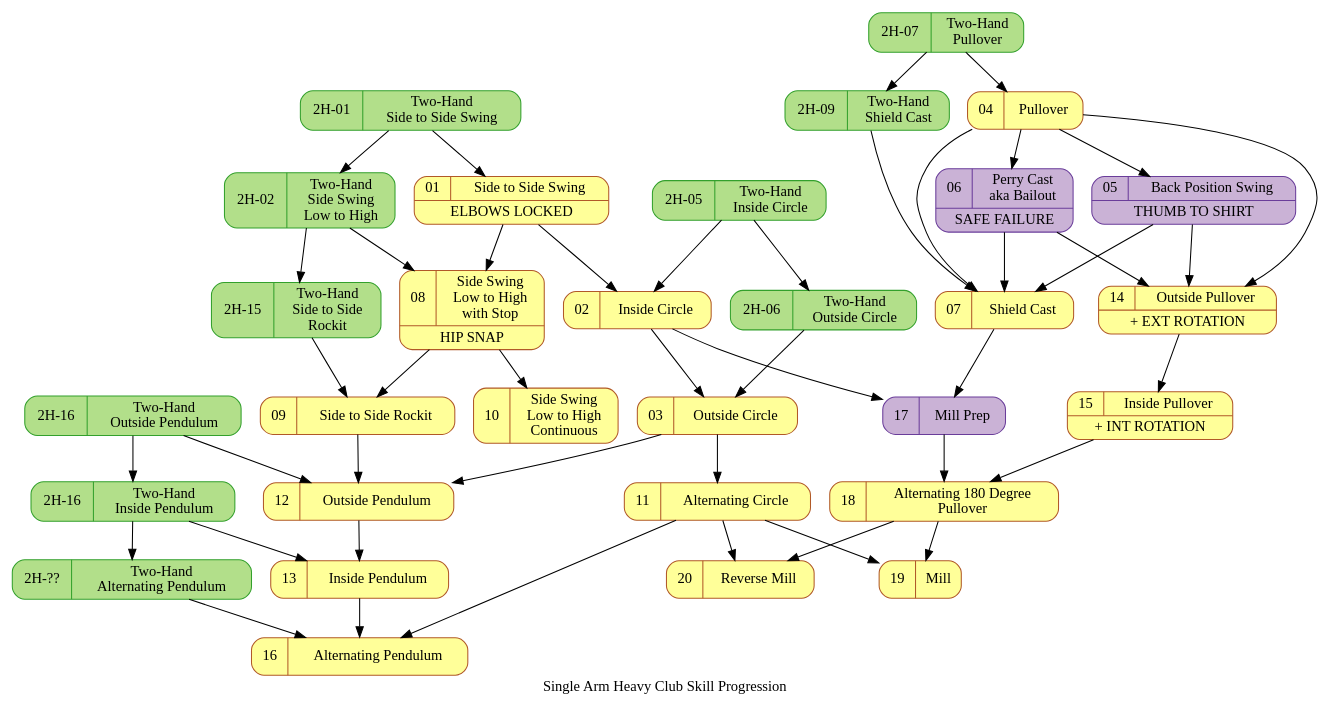
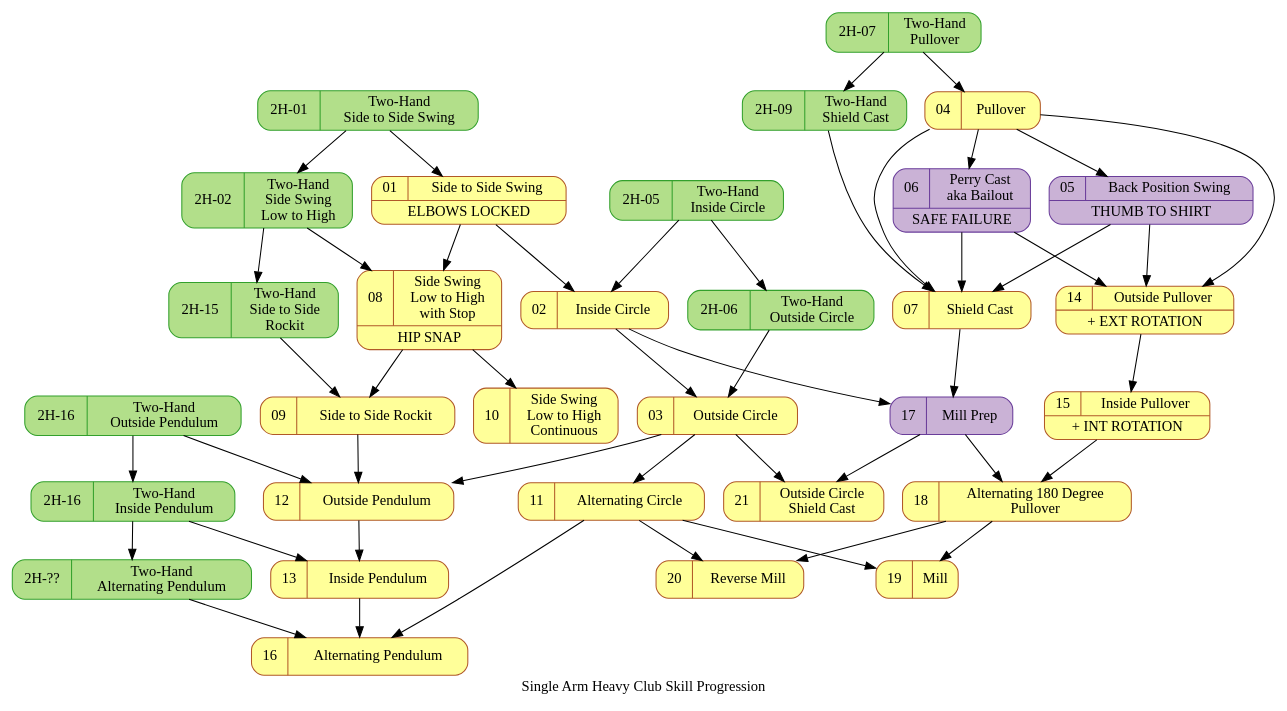
One commit to dznz/wildman-skill-trees changed the diagram in src/hc/hc_sa_progression.gv. Above: the diagram before and after it, drawn with Graphviz. The commit also changed 1 other file, not shown here.

```diff
--- a/src/hc/hc_sa_progression.gv
+++ b/src/hc/hc_sa_progression.gv
@@ -1,105 +1,108 @@
 digraph kb_progression {
   // Single Arm Heavy Club Skill Progression Diagram © 2023
   // by dznz using knowledge from Mark Wildman is licensed
   // under CC BY-NC-SA 4.0 
   // http://creativecommons.org/licenses/by-nc-sa/4.0/
   label="Single Arm Heavy Club Skill Progression"
   node [colorscheme="paired12"]
   node [shape=record]
   node [style="rounded,filled"]
   node [color=12, fillcolor=11]
 
   subgraph warmup {
     node [color=8, fillcolor=7]
   }
 
   subgraph aux {
     node [color=10, fillcolor=9]
     mov_backs2s, mov_perry, mov_millprep
   }
 
   // Movements external to this diagram
   subgraph ext {
     node [color=4, fillcolor=3]
     ext_2h_s2s, ext_2h_sideswingl2h, ext_2h_sc, ext_2h_pullover
     ext_2h_s2srockit
     ext_2h_incircle, ext_2h_outcircle
     ext_2h_outpend, ext_2h_inpend, ext_2h_altpend
   }
 
   ext_2h_s2s [label="{{2H-01|Two-Hand\nSide to Side Swing}}"]
   ext_2h_incircle [label="{{2H-05|Two-Hand\nInside Circle}}"]
   ext_2h_outcircle [label="{{2H-06|Two-Hand\nOutside Circle}}"]
   ext_2h_sc [label="{{2H-09|Two-Hand\nShield Cast}}"]
   ext_2h_sideswingl2h [label="{{2H-02|Two-Hand\nSide Swing\nLow to High}}" ]
   ext_2h_s2srockit [label="{{2H-15|Two-Hand\nSide to Side\nRockit}}"                         URL=""];
   ext_2h_pullover [label="{{2H-07|Two-Hand\nPullover}}" URL="https://www.youtube.com/watch?v=jpIn1Sumg78&list=PLk4oYPJ7TXKiueHS7UMPv-DxNMK6UELds&index=7"]
   ext_2h_outpend [label="{{2H-16|Two-Hand\nOutside Pendulum}}"]
   ext_2h_inpend [label="{{2H-16|Two-Hand\nInside Pendulum}}"]
   ext_2h_altpend [label="{{2H-??|Two-Hand\nAlternating Pendulum}}" URL="https://www.youtube.com/watch?v=GULjXPS_ba4"]
   
   mov_s2s               [label="{{01|Side to Side Swing}|ELBOWS LOCKED}"         URL="https://www.youtube.com/watch?v=cosgyt2BQG4&list=PLk4oYPJ7TXKgCH_TpdUCNs2-m5ZCqx-Pw"];
   mov_incircle          [label="{{02|Inside Circle}}"                           URL="https://www.youtube.com/watch?v=-gtRj1KEUmw"];
   mov_outcircle         [label="{{03|Outside Circle}}"                           URL="https://www.youtube.com/watch?v=Mf2QuZvRtQ4&list=PLk4oYPJ7TXKgCH_TpdUCNs2-m5ZCqx-Pw&index=2"];
   mov_pullover          [label="{{04|Pullover}}"                                 URL="https://www.youtube.com/watch?v=HHT6TrTLJM8"];
   mov_backs2s           [label="{{05|Back Position Swing}|THUMB TO SHIRT}"                      URL="https://www.youtube.com/watch?v=sxePeWDR1U0"];
   mov_perry             [label="{{06|Perry Cast\naka Bailout}|SAFE FAILURE}" URL="https://www.youtube.com/watch?v=FpUecSrX_AI&list=PLk4oYPJ7TXKgCH_TpdUCNs2-m5ZCqx-Pw&index=3"];
   mov_sc                [label="{{07|Shield Cast}}"                         URL="https://www.youtube.com/watch?v=huwc0g3yLWk&list=PLk4oYPJ7TXKgCH_TpdUCNs2-m5ZCqx-Pw&index=4"];
   mov_sideswingl2h      [label="{{08|Side Swing\nLow to High\nwith Stop}|HIP SNAP}"                         URL="https://www.youtube.com/watch?v=huwc0g3yLWk&list=PLk4oYPJ7TXKgCH_TpdUCNs2-m5ZCqx-Pw&index=5"];
   mov_s2srockit         [label="{{09|Side to Side Rockit}}"                         URL="https://www.youtube.com/watch?v=I26O1ct_hik&list=PLk4oYPJ7TXKgCH_TpdUCNs2-m5ZCqx-Pw&index=6"];
   mov_sideswingl2hcont  [label="{{10|Side Swing\nLow to High\nContinuous}}"                         URL="https://www.youtube.com/watch?v=I26O1ct_hik&list=PLk4oYPJ7TXKgCH_TpdUCNs2-m5ZCqx-Pw&index=7"];
   mov_altcircle         [label="{{11|Alternating Circle}}"                         URL="https://www.youtube.com/watch?v=I26O1ct_hik&list=PLk4oYPJ7TXKgCH_TpdUCNs2-m5ZCqx-Pw&index=8"];
   mov_outpend           [label="{{12|Outside Pendulum}}"                         URL="https://www.youtube.com/watch?v=I26O1ct_hik&list=PLk4oYPJ7TXKgCH_TpdUCNs2-m5ZCqx-Pw&index=9"];
   mov_inpend            [label="{{13|Inside Pendulum}}"                         URL="https://www.youtube.com/watch?v=I26O1ct_hik&list=PLk4oYPJ7TXKgCH_TpdUCNs2-m5ZCqx-Pw&index=10"];
   mov_outpull           [label="{{14|Outside Pullover}|+ EXT ROTATION}"                         URL="https://www.youtube.com/watch?v=sJ5XCgdCMx8&list=PLk4oYPJ7TXKgCH_TpdUCNs2-m5ZCqx-Pw&index=14"];
   mov_inpull            [label="{{15|Inside Pullover}|+ INT ROTATION}"                         URL="https://www.youtube.com/watch?v=sJ5XCgdCMx8&list=PLk4oYPJ7TXKgCH_TpdUCNs2-m5ZCqx-Pw&index=15"];
   mov_altpend           [label="{{16|Alternating Pendulum}}"                         URL="https://www.youtube.com/watch?v=I26O1ct_hik&list=PLk4oYPJ7TXKgCH_TpdUCNs2-m5ZCqx-Pw&index=16"];
   mov_millprep          [label="{{17|Mill Prep}}"                                     URL="https://www.youtube.com/watch?v=I26O1ct_hik&list=PLk4oYPJ7TXKgCH_TpdUCNs2-m5ZCqx-Pw&index=17"];
   mov_alt180pull        [label="{{18|Alternating 180 Degree\nPullover}}"                      URL="https://www.youtube.com/watch?v=I26O1ct_hik&list=PLk4oYPJ7TXKgCH_TpdUCNs2-m5ZCqx-Pw&index=18"];
   mov_mill              [label="{{19|Mill}}"                                          URL="https://www.youtube.com/watch?v=I26O1ct_hik&list=PLk4oYPJ7TXKgCH_TpdUCNs2-m5ZCqx-Pw&index=19"];
   mov_revmill           [label="{{20|Reverse Mill}}"                                  URL="https://www.youtube.com/watch?v=I26O1ct_hik&list=PLk4oYPJ7TXKgCH_TpdUCNs2-m5ZCqx-Pw&index=20"];
+  mov_outcirclesc       [label="{{21|Outside Circle\nShield Cast}}"                    URL="https://www.youtube.com/watch?v=NdJlzFTbQwo&list=PLk4oYPJ7TXKgCH_TpdUCNs2-m5ZCqx-Pw&index=21"]
 
   // external skill links
   ext_2h_s2s -> ext_2h_sideswingl2h -> ext_2h_s2srockit;
   ext_2h_outpend -> ext_2h_inpend -> ext_2h_altpend;
   ext_2h_incircle -> ext_2h_outcircle;
   ext_2h_pullover -> ext_2h_sc;
 
   // external skill dependencies
   ext_2h_s2s -> mov_s2s;
   ext_2h_incircle -> mov_incircle;
   ext_2h_outcircle -> mov_outcircle;
   ext_2h_sc -> mov_sc;
   ext_2h_pullover -> mov_pullover;
   ext_2h_sideswingl2h -> mov_sideswingl2h;
   ext_2h_s2srockit -> mov_s2srockit;
   ext_2h_outpend -> mov_outpend;
   ext_2h_inpend -> mov_inpend;
   ext_2h_altpend -> mov_altpend;
 
   mov_s2s -> mov_sideswingl2h;
   mov_s2s -> mov_incircle;
   mov_incircle -> mov_outcircle;
   mov_sideswingl2h -> mov_s2srockit;
   mov_s2srockit -> mov_outpend;
   mov_outcircle -> mov_outpend;
   mov_sideswingl2h -> mov_sideswingl2hcont;
   mov_outcircle -> mov_altcircle;
   mov_outpend -> mov_inpend -> mov_altpend;
   mov_pullover -> mov_sc;
   mov_pullover -> mov_backs2s -> mov_sc;
   mov_pullover -> mov_perry -> mov_sc;
   mov_backs2s -> mov_outpull;
   mov_perry -> mov_outpull;
   mov_pullover -> mov_outpull;
   mov_outpull -> mov_inpull;
   mov_incircle -> mov_millprep;
   mov_sc -> mov_millprep;
   mov_millprep -> mov_alt180pull;
   mov_inpull -> mov_alt180pull;
   mov_alt180pull -> mov_mill;
   mov_altcircle -> mov_mill;
   mov_altcircle -> mov_revmill;
   mov_alt180pull -> mov_revmill;
   mov_altcircle -> mov_altpend;
+  mov_outcircle -> mov_outcirclesc;
+  mov_millprep -> mov_outcirclesc;
 }
```
